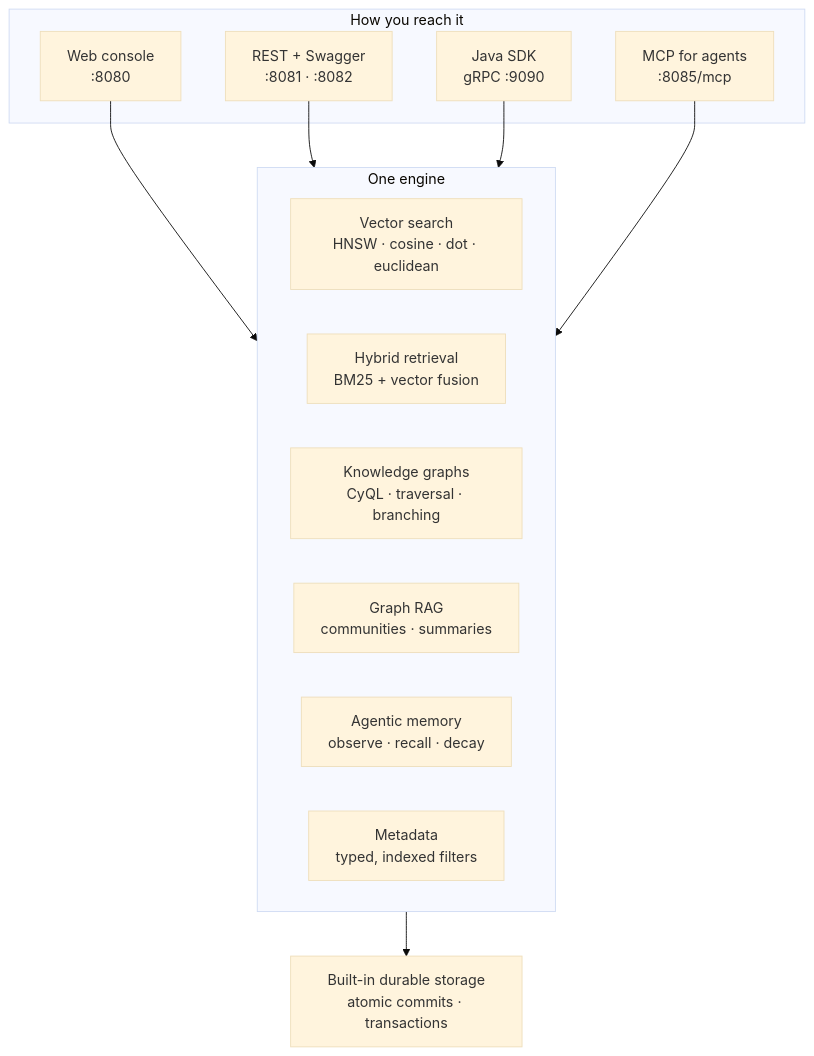
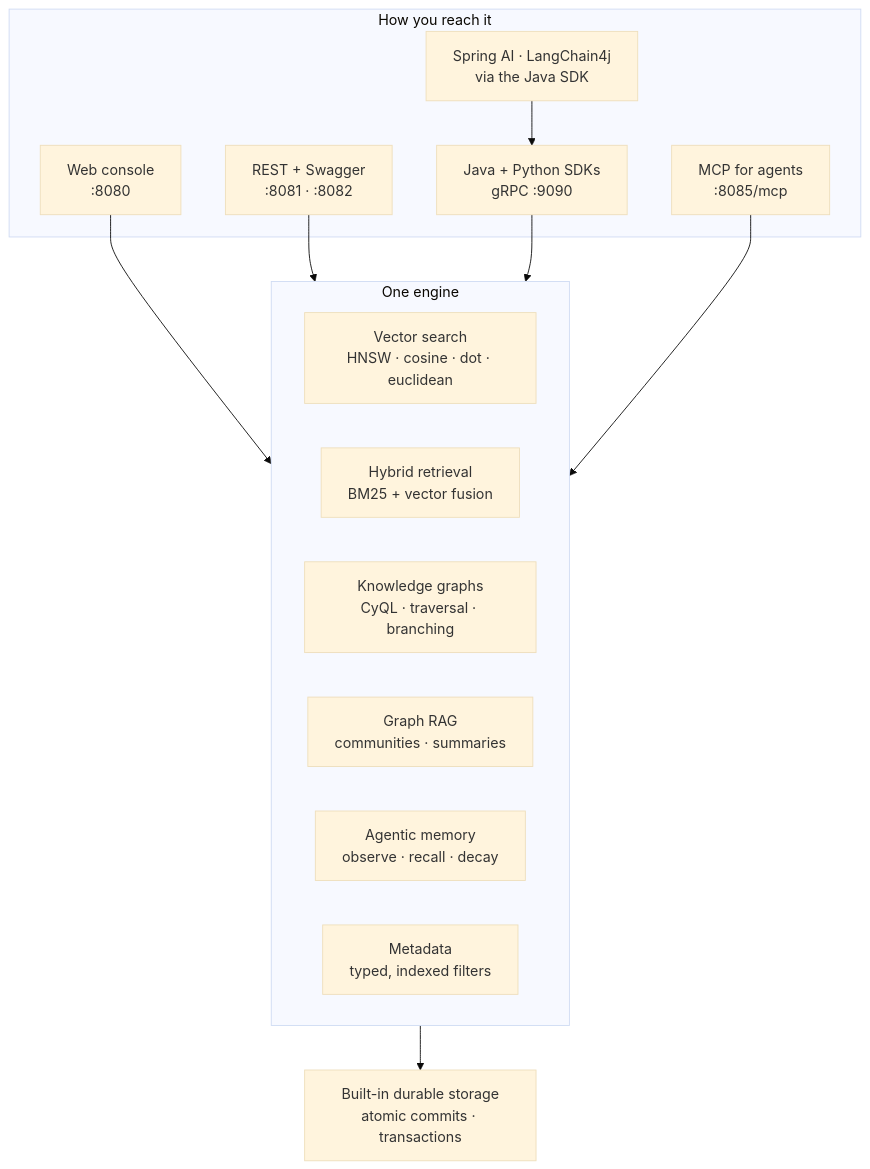
The diagram in db/README.md (cyrock-ai/early-access), drawn with Mermaid (base theme) before and after one commit. The commit also changed other lines of this file and 13 other files, not shown here.

````diff
--- a/db/README.md
+++ b/db/README.md
@@ -38,26 +39,28 @@
 ```mermaid
 graph TD
     subgraph interfaces["How you reach it"]
         CONSOLE["Web console<br/>:8080"]
         REST["REST + Swagger<br/>:8081 · :8082"]
-        SDK["Java SDK<br/>gRPC :9090"]
+        SDK["Java + Python SDKs<br/>gRPC :9090"]
+        FW["Spring AI · LangChain4j<br/>via the Java SDK"]
         MCP["MCP for agents<br/>:8085/mcp"]
     end
 
     subgraph engine["One engine"]
         VEC["Vector search<br/>HNSW · cosine · dot · euclidean"]
         HYB["Hybrid retrieval<br/>BM25 + vector fusion"]
         GRAPH["Knowledge graphs<br/>CyQL · traversal · branching"]
         RAG["Graph RAG<br/>communities · summaries"]
         MEM["Agentic memory<br/>observe · recall · decay"]
         META["Metadata<br/>typed, indexed filters"]
     end
 
     STORE["Built-in durable storage<br/>atomic commits · transactions"]
 
     CONSOLE --> engine
     REST --> engine
     SDK --> engine
+    FW --> SDK
     MCP --> engine
     engine --> STORE
 ```
````
